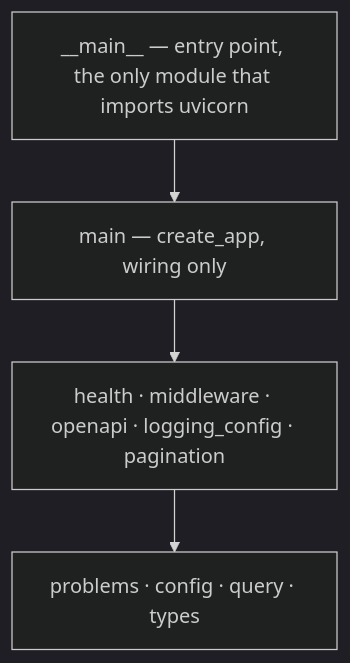
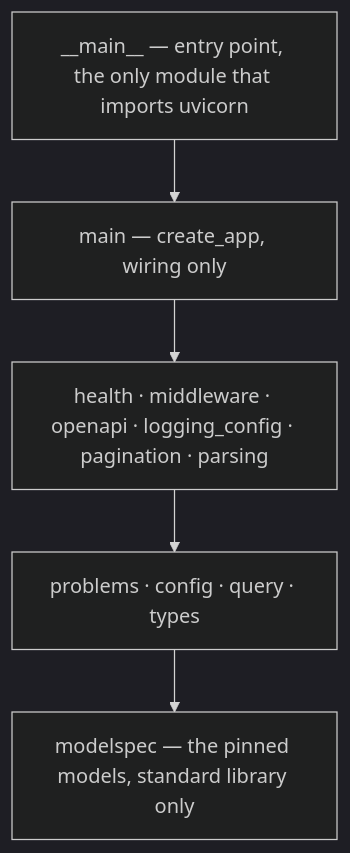
One commit to JanSzewczyk/form-lens-api changed the diagram in README.md. Above: the diagram before and after it, drawn with Mermaid (dark theme). The commit also changed other lines of this file and 75 other files, not shown here.

````diff
--- a/README.md
+++ b/README.md
@@ -309,8 +372,9 @@
 ```mermaid
 flowchart TD
     entry["__main__ — entry point, the only module that imports uvicorn"]
     factory["main — create_app, wiring only"]
-    features["health · middleware · openapi · logging_config · pagination"]
+    features["health · middleware · openapi · logging_config · pagination · parsing"]
     foundations["problems · config · query · types"]
-    entry --> factory --> features --> foundations
+    spec["modelspec — the pinned models, standard library only"]
+    entry --> factory --> features --> foundations --> spec
 ```
````
